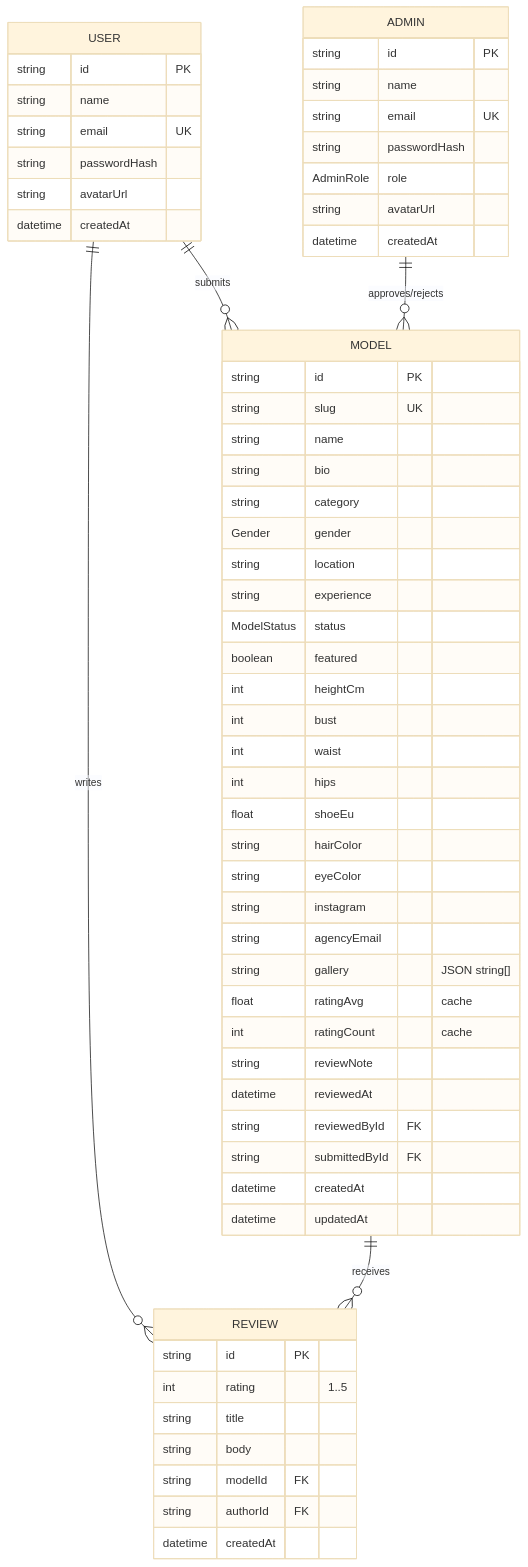
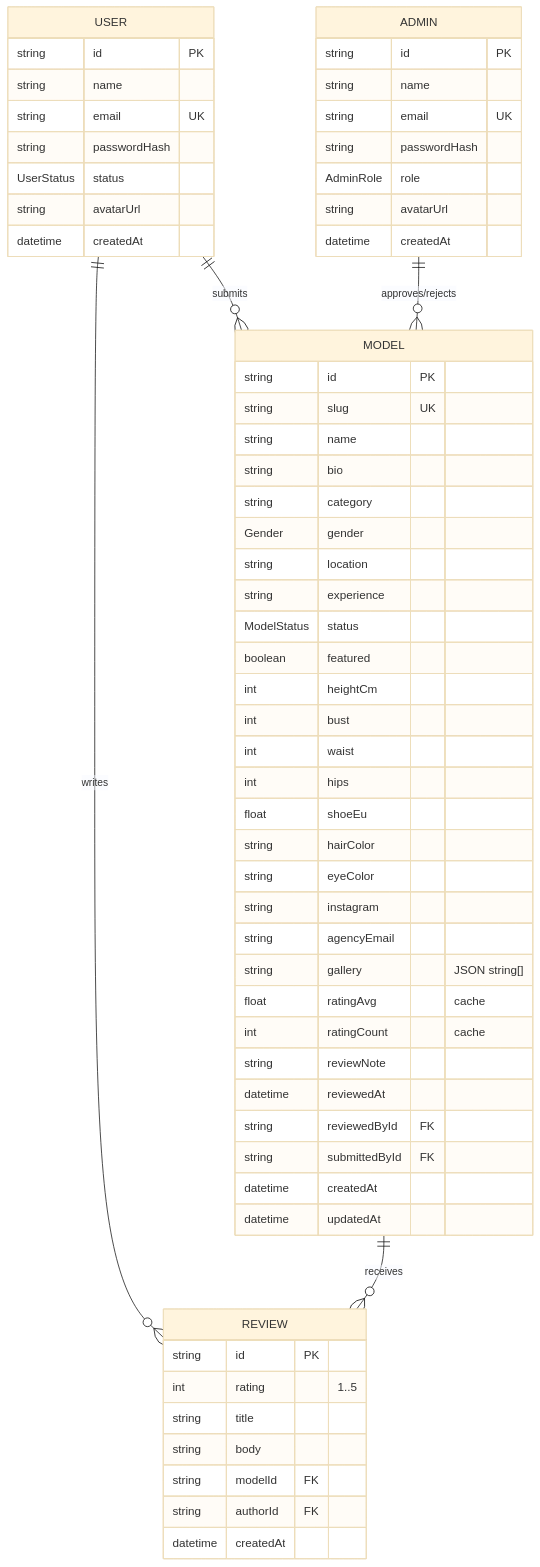
Before and after one commit to brijwanthjakhotia/model-hub: the diagram in docs/data-model.md, drawn with Mermaid (base theme). The commit also changed other lines of this file and 21 other files, not shown here.

````diff
--- a/docs/data-model.md
+++ b/docs/data-model.md
@@ -12,64 +12,65 @@
 ```mermaid
 erDiagram
   USER  ||--o{ MODEL  : "submits"
   ADMIN ||--o{ MODEL  : "approves/rejects"
   USER  ||--o{ REVIEW : "writes"
   MODEL ||--o{ REVIEW : "receives"
 
   USER {
     string id PK
     string name
     string email UK
     string passwordHash
+    UserStatus status
     string avatarUrl
     datetime createdAt
   }
   ADMIN {
     string id PK
     string name
     string email UK
     string passwordHash
     AdminRole role
     string avatarUrl
     datetime createdAt
   }
   MODEL {
     string id PK
     string slug UK
     string name
     string bio
     string category
     Gender gender
     string location
     string experience
     ModelStatus status
     boolean featured
     int heightCm
     int bust
     int waist
     int hips
     float shoeEu
     string hairColor
     string eyeColor
     string instagram
     string agencyEmail
     string gallery "JSON string[]"
     float ratingAvg "cache"
     int ratingCount "cache"
     string reviewNote
     datetime reviewedAt
     string reviewedById FK
     string submittedById FK
     datetime createdAt
     datetime updatedAt
   }
   REVIEW {
     string id PK
     int rating "1..5"
     string title
     string body
     string modelId FK
     string authorId FK
     datetime createdAt
   }
 ```
````
